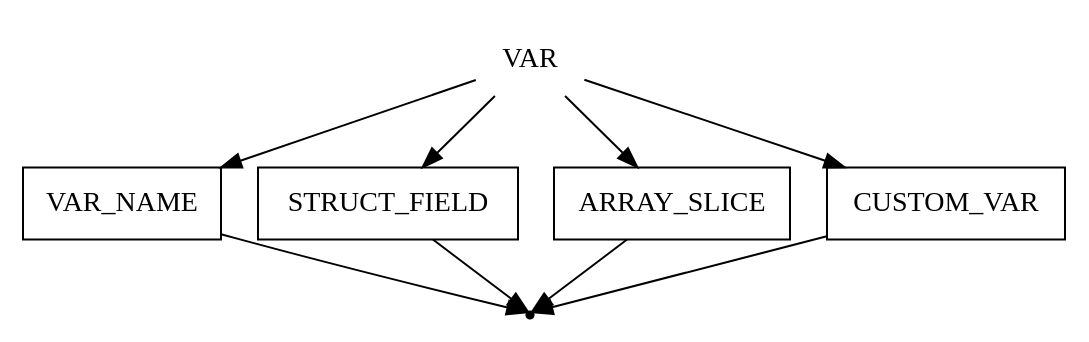
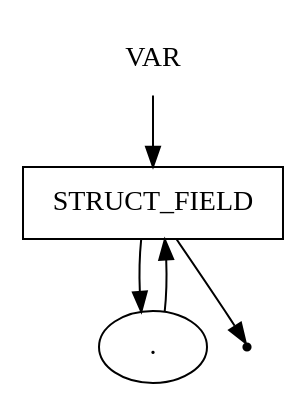
One commit to ayu-f/DSL_Pseudocode changed the diagram in pseudocode/var.gv. Above: the diagram before and after it, drawn with Graphviz. The commit also changed 15 other files, not shown here.

```diff
--- a/pseudocode/var.gv
+++ b/pseudocode/var.gv
@@ -1,18 +1,11 @@
 digraph VAR {
     start [label=VAR shape=plaintext]
-    var_name [label=VAR_NAME shape=box]
     struct_field [label=STRUCT_FIELD shape=box]
-    array_slice [label=ARRAY_SLICE shape=box]
-    custom_var [label=CUSTOM_VAR shape=box]
+    dot [label="." shape=oval]
     end [label="" shape=point]
 
-    start -> var_name
     start -> struct_field
-    start -> array_slice
-    start -> custom_var
-
-    var_name -> end
+    struct_field -> dot
     struct_field -> end
-    array_slice -> end
-    custom_var -> end
+    dot -> struct_field
 }
```
